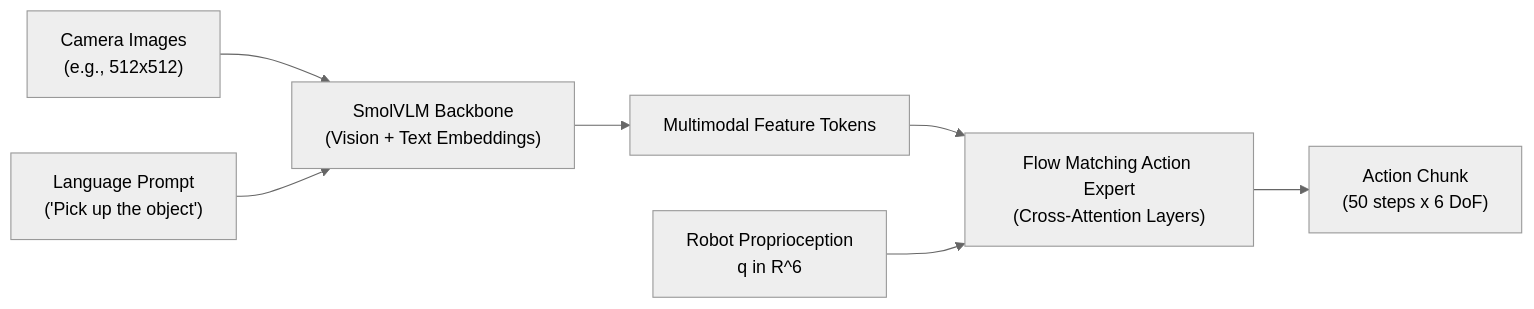
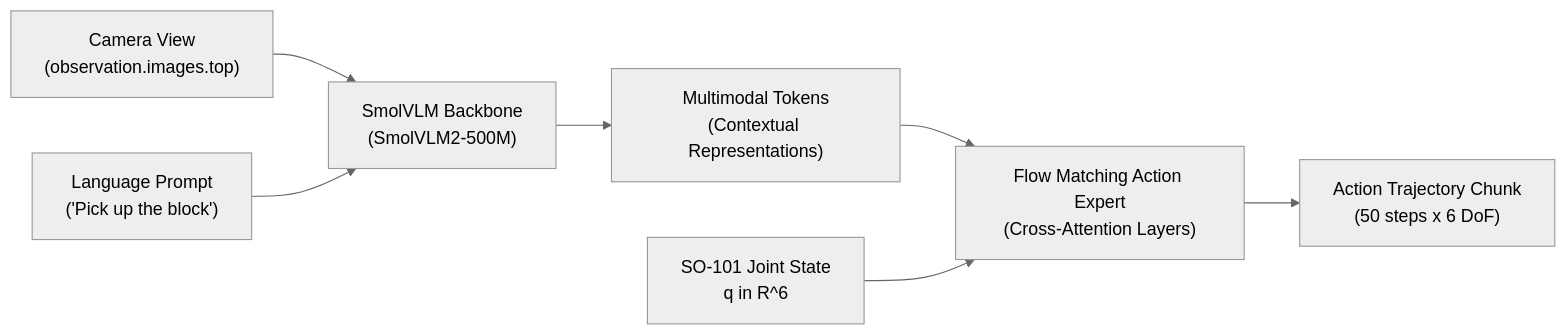
The diagram in examples/smolvla/README.md (huitaehan/HRL_SO101), drawn with Mermaid (neutral theme) before and after one commit. The commit also changed other lines of this file and 5 other files, not shown here.

````diff
--- a/examples/smolvla/README.md
+++ b/examples/smolvla/README.md
@@ -13,9 +16,9 @@
 ```mermaid
 flowchart LR
-    Img["Camera Images<br/>(e.g., 512x512)"] --> VLM["SmolVLM Backbone<br/>(Vision + Text Embeddings)"]
-    Txt["Language Prompt<br/>('Pick up the object')"] --> VLM
-    VLM --> Tokens["Multimodal Feature Tokens"]
+    Img["Camera View<br/>(observation.images.top)"] --> VLM["SmolVLM Backbone<br/>(SmolVLM2-500M)"]
+    Txt["Language Prompt<br/>('Pick up the block')"] --> VLM
+    VLM --> Tokens["Multimodal Tokens<br/>(Contextual Representations)"]
     Tokens --> Expert["Flow Matching Action Expert<br/>(Cross-Attention Layers)"]
-    State["Robot Proprioception<br/>q in R^6"] --> Expert
-    Expert --> Actions["Action Chunk<br/>(50 steps x 6 DoF)"]
+    State["SO-101 Joint State<br/>q in R^6"] --> Expert
+    Expert --> Actions["Action Trajectory Chunk<br/>(50 steps x 6 DoF)"]
 ```
````
